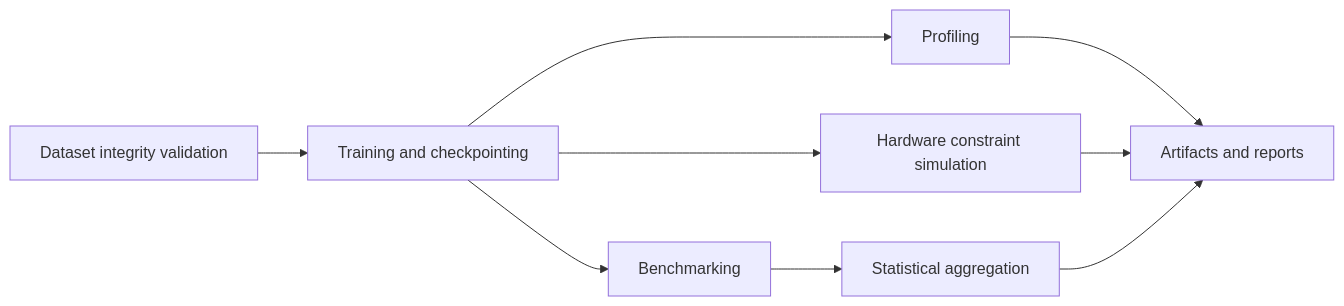
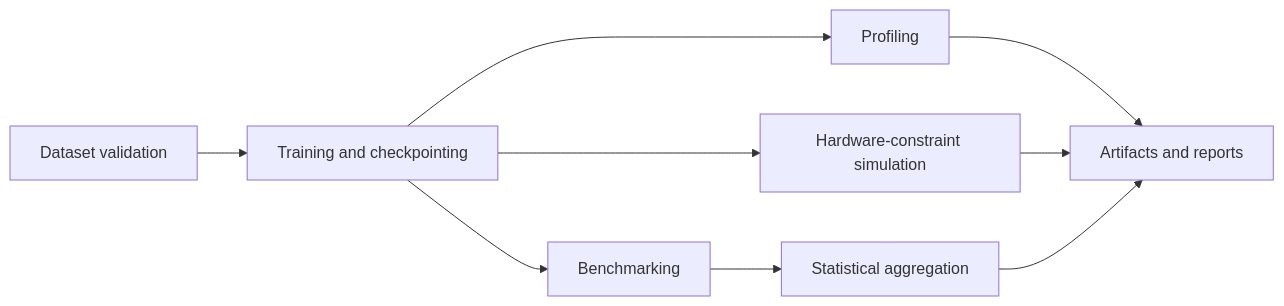
The diagram in README.md (RaviTejaMedarametla/neural-network-from-scratch), drawn with Mermaid before and after one commit. The commit also changed other lines of this file and 1 other file, not shown here.

````diff
--- a/README.md
+++ b/README.md
@@ -17,11 +7,11 @@
 ```mermaid
 flowchart LR
-  A[Dataset integrity validation] --> B[Training and checkpointing]
+  A[Dataset validation] --> B[Training and checkpointing]
   B --> C[Benchmarking]
   B --> D[Profiling]
-  B --> E[Hardware constraint simulation]
+  B --> E[Hardware-constraint simulation]
   C --> F[Statistical aggregation]
   D --> G[Artifacts and reports]
   E --> G
   F --> G
 ```
````
